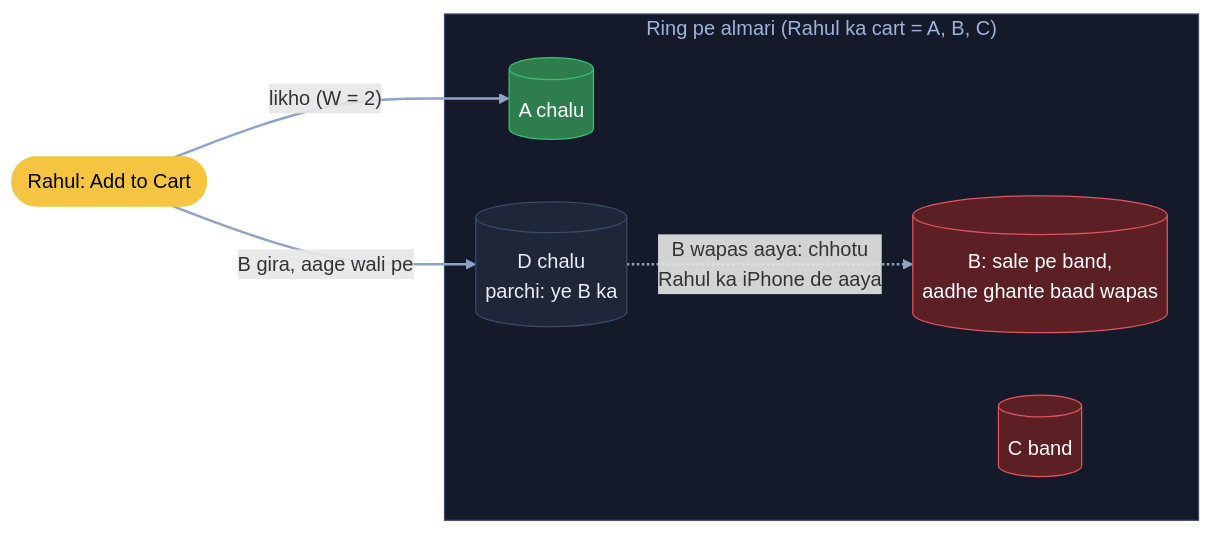
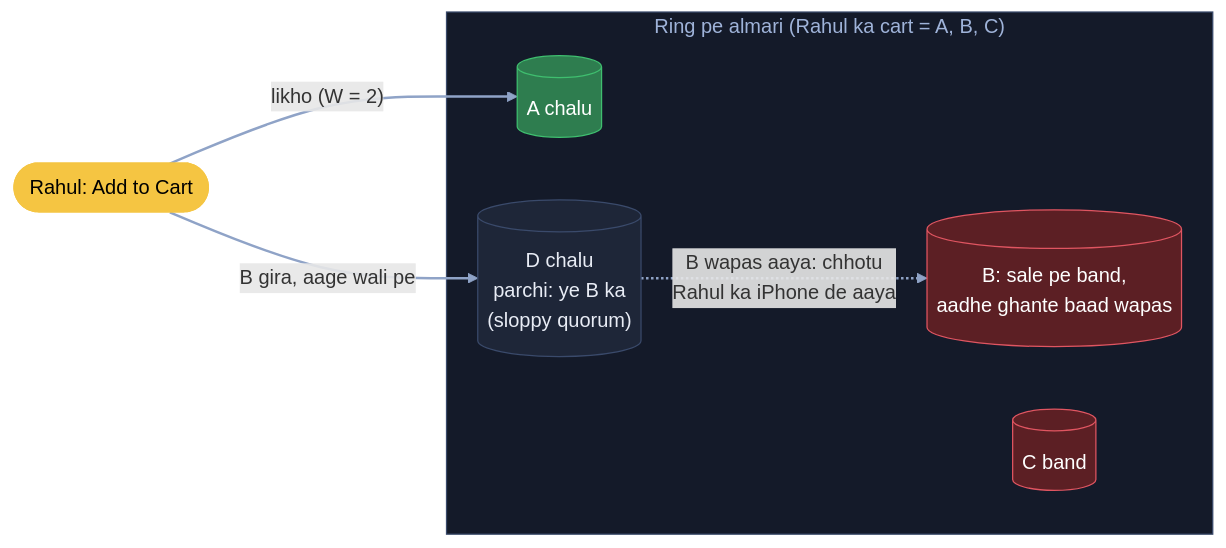
Before and after one commit to ArpanMaheshwari144/Prep: the tenth of 11 diagrams in 04_HLD/SYSTEM_DESIGNS/17_ecommerce/17_ecommerce.md, drawn with Mermaid. The commit also changed other lines of this file and 22 other files, not shown here.

Commit message:
Diagram: sirf kahani ke dohraaye shabd pe bracket, us jagah notes wala matlab (207 label)

````diff
--- a/04_HLD/SYSTEM_DESIGNS/17_ecommerce/17_ecommerce.md
+++ b/04_HLD/SYSTEM_DESIGNS/17_ecommerce/17_ecommerce.md
@@ -428,19 +428,19 @@
 ```mermaid
 flowchart LR
     R(["Rahul: Add to Cart"]):::pill
     subgraph RING["Ring pe almari (Rahul ka cart = A, B, C)"]
         A[("A chalu")]:::good
         B[("B: sale pe band,<br/>aadhe ghante baad wapas")]:::bad
         C[("C band")]:::bad
-        D[("D chalu<br/>parchi: ye B ka")]:::card
+        D[("D chalu<br/>parchi: ye B ka<br/>(sloppy quorum)")]:::card
     end
     R -- "likho (W = 2)" --> A
     R -- "B gira, aage wali pe" --> D
     D -. "B wapas aaya: chhotu<br/>Rahul ka iPhone de aaya" .-> B
     linkStyle default stroke:#8fa3c7,stroke-width:2px
     classDef card fill:#1e2638,stroke:#3a4a6b,color:#e8ecf5
     classDef pill fill:#f5c542,stroke:#f5c542,color:#000
     classDef good fill:#2e7d4f,stroke:#3fbf6f,color:#fff
     classDef bad fill:#5c1f24,stroke:#e05561,color:#fff
     style RING fill:#141a29,stroke:#3a4a6b,color:#9fb3d9
 ```
````
